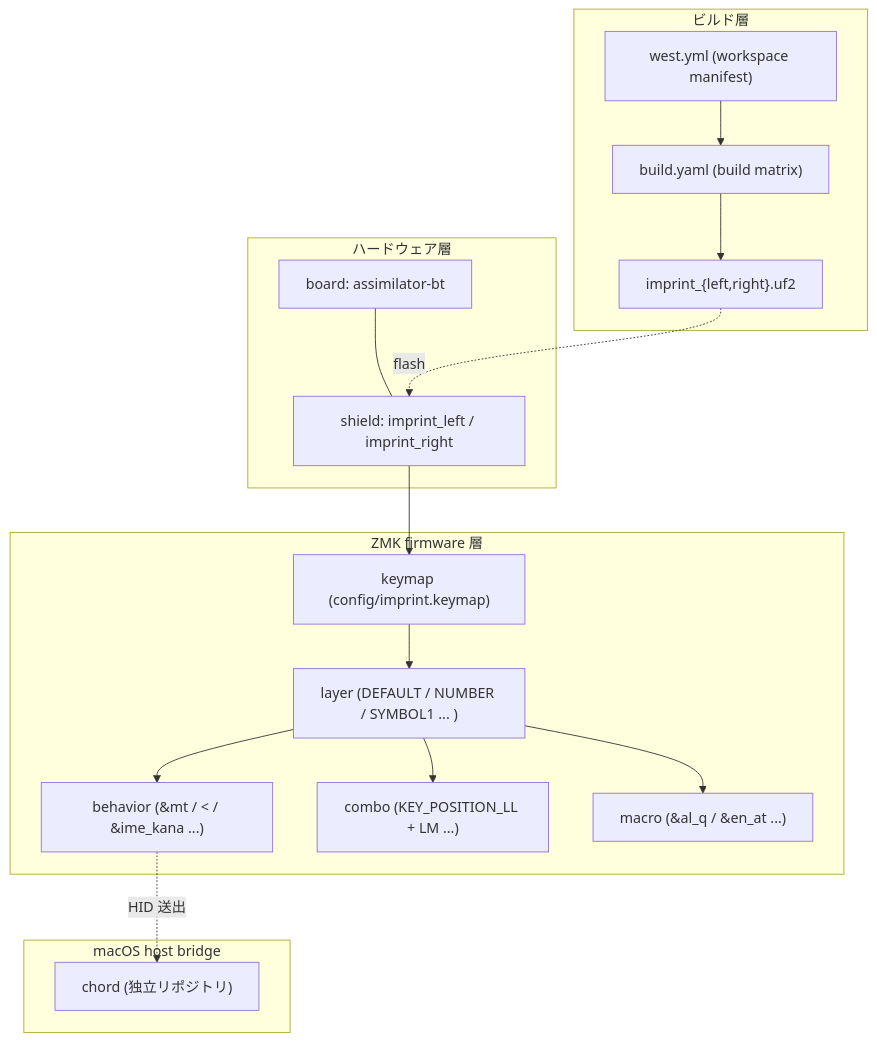
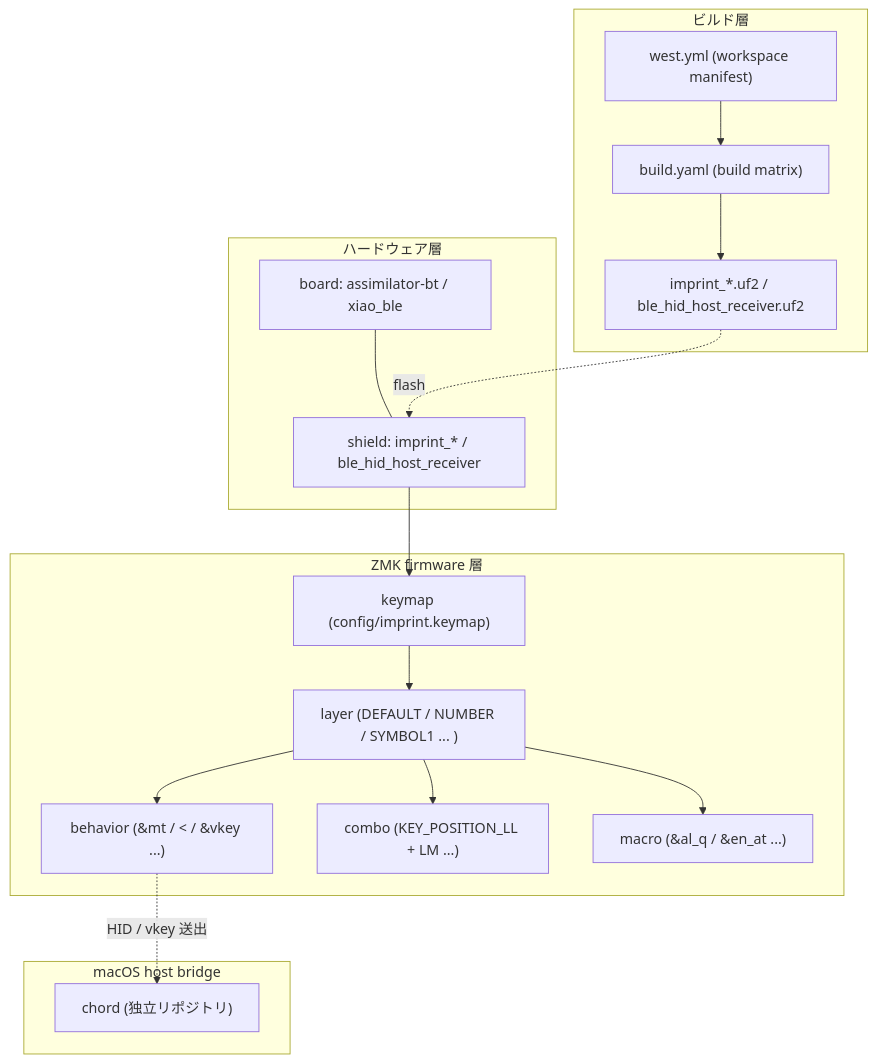
Before and after one commit to akira-toriyama/canon: the diagram in docs/glossary.md, drawn with Mermaid. The commit also changed other lines of this file and 4 other files, not shown here.

````diff
--- a/docs/glossary.md
+++ b/docs/glossary.md
@@ -34,32 +34,32 @@
 ```mermaid
 flowchart TB
   subgraph HW["ハードウェア層"]
-    BOARD["board: assimilator-bt"]
-    SHIELD["shield: imprint_left / imprint_right"]
+    BOARD["board: assimilator-bt / xiao_ble"]
+    SHIELD["shield: imprint_* / ble_hid_host_receiver"]
   end
   subgraph FW["ZMK firmware 層"]
     KEYMAP["keymap (config/imprint.keymap)"]
     LAYER["layer (DEFAULT / NUMBER / SYMBOL1 ... )"]
-    BEHAVIOR["behavior (&mt / &lt / &ime_kana ...)"]
+    BEHAVIOR["behavior (&mt / &lt / &vkey ...)"]
     COMBO["combo (KEY_POSITION_LL + LM ...)"]
     MACRO["macro (&al_q / &en_at ...)"]
   end
   subgraph BUILD["ビルド層"]
     WEST["west.yml (workspace manifest)"]
     BUILDYAML["build.yaml (build matrix)"]
-    UF2["imprint_{left,right}.uf2"]
+    UF2["imprint_*.uf2 / ble_hid_host_receiver.uf2"]
   end
   subgraph HOST["macOS host bridge"]
     CHORD["chord (独立リポジトリ)"]
   end
   BOARD --- SHIELD
   SHIELD --> KEYMAP
   KEYMAP --> LAYER
   LAYER --> BEHAVIOR
   LAYER --> COMBO
   LAYER --> MACRO
   WEST --> BUILDYAML
   BUILDYAML --> UF2
   UF2 -.flash.-> SHIELD
-  BEHAVIOR -.HID 送出.-> CHORD
+  BEHAVIOR -.HID / vkey 送出.-> CHORD
 ```
````
